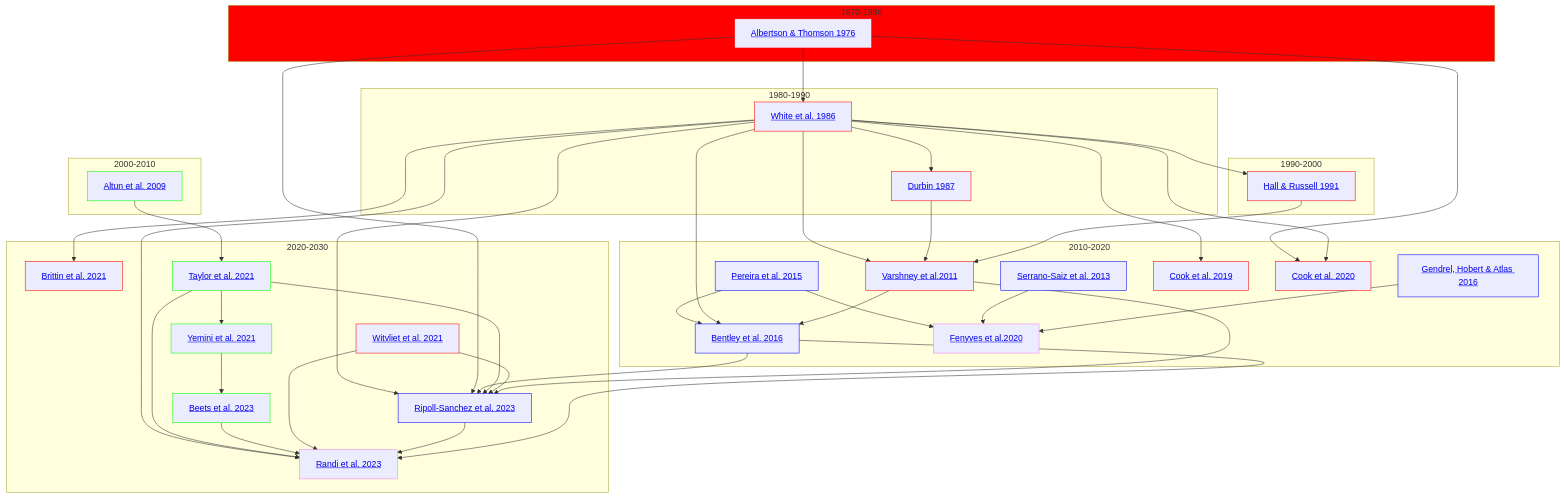
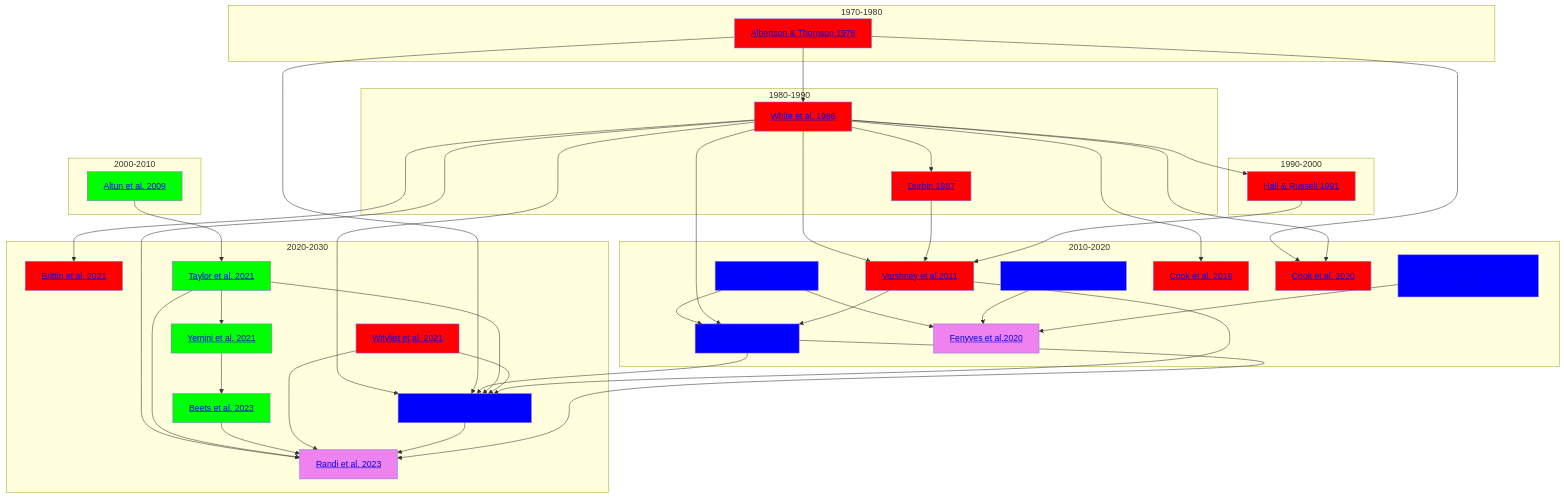
One commit to yasinthanvickneswaran/mermaidtest changed the diagram in Timeline.md. Above: the diagram before and after it, drawn with Mermaid.

````diff
--- a/Timeline.md
+++ b/Timeline.md
@@ -1,68 +1,67 @@
 ```mermaid
 flowchart TD
-    classDef anat stroke:#f00
-    classDef gene stroke:#0f0
-    classDef es stroke:#00f
-    classDef func stroke:#ee82ee
+    classDef anat fill:#f00
+    classDef gene fill:#0f0
+    classDef es fill:#00f
+    classDef func fill:#ee82ee
 
 
     subgraph 1970-1980
-    style 1970-1980 fill: red
     A1[<a href='https://github.com/yasinthanvickneswaran/ConnectomeToolbox/blob/main/docs/Albertson_Thompson_1976.md' >Albertson & Thomson 1976</a>]:::anat
     end
     subgraph 1980-1990
     A[<a href='https://github.com/yasinthanvickneswaran/ConnectomeToolbox/blob/main/docs/White_1986.md' >White et al. 1986</a>]:::anat & B[<a href='https://github.com/yasinthanvickneswaran/ConnectomeToolbox/blob/main/docs/Durbin_1987.md' >Durbin 1987</a>]:::anat
     end
 
     subgraph 1990-2000
     A2[<a href='https://github.com/yasinthanvickneswaran/ConnectomeToolbox/blob/main/docs/Hall_1991.md' >Hall & Russell 1991</a>]:::anat
     end
 
     subgraph 2000-2010
     C[<a href='https://github.com/yasinthanvickneswaran/ConnectomeToolbox/blob/main/docs/Altun_2009.md' >Altun et al. 2009</a>]:::gene 
     end
 
     subgraph 2010-2020
     D[<a href='https://github.com/yasinthanvickneswaran/ConnectomeToolbox/blob/main/docs/Varshney_2011.md' >Varshney et al.2011</a>]:::anat & E[<a href='https://github.com/yasinthanvickneswaran/ConnectomeToolbox/blob/main/docs/Pereira_2015.md' >Pereira et al. 2015</a>]:::es & E1[<a href='https://github.com/yasinthanvickneswaran/ConnectomeToolbox/blob/main/docs/Serrano_2013.md' >Serrano-Saiz et al. 2013</a>]:::es  & E2[<a href='https://github.com/yasinthanvickneswaran/ConnectomeToolbox/blob/main/docs/Gendrel_2016.md' >Gendrel, Hobert & Atlas 2016</a>]:::es & F[<a href='https://github.com/yasinthanvickneswaran/ConnectomeToolbox/blob/main/docs/Bentley_2016.md' >Bentley et al. 2016 </a>]:::es & G[<a href='https://github.com/yasinthanvickneswaran/ConnectomeToolbox/blob/main/docs/Cook_2019.md' >Cook et al. 2019</a>]:::anat & H[<a href='https://github.com/yasinthanvickneswaran/ConnectomeToolbox/blob/main/docs/Fenyves_2020.md' >Fenyves et al.2020</a>]:::func & I[<a href='https://github.com/yasinthanvickneswaran/ConnectomeToolbox/blob/main/docs/Cook_2020.md' >Cook et al. 2020</a>]:::anat
     end
 
     subgraph 2020-2030
     J[<a href='https://github.com/yasinthanvickneswaran/ConnectomeToolbox/blob/main/docs/Brittin_2021.md' >Brittin et al. 2021</a>]:::anat & K[<a href='https://github.com/yasinthanvickneswaran/ConnectomeToolbox/blob/main/docs/Witvliet_2021.md' >Witvliet et al. 2021</a>]:::anat & L[<a href='https://github.com/yasinthanvickneswaran/ConnectomeToolbox/blob/main/docs/Taylor_2021.md' >Taylor et al. 2021</a>]:::gene & M[<a href='https://github.com/yasinthanvickneswaran/ConnectomeToolbox/blob/main/docs/Yemini_2021.md' >Yemini et al. 2021</a>]:::gene & N[<a href='https://github.com/yasinthanvickneswaran/ConnectomeToolbox/blob/main/docs/Beets_2023.md' >Beets et al. 2023</a>]:::gene & P[<a href='https://github.com/yasinthanvickneswaran/ConnectomeToolbox/blob/main/docs/Randi_2023.md' >Randi et al. 2023</a>]:::func & NP[<a href='https://github.com/yasinthanvickneswaran/ConnectomeToolbox/blob/main/docs/Ripoll_2023.md' >Ripoll-Sanchez et al. 2023</a>]:::es
     end     
 
 
     E --> H
     E1 --> H
     E2 --> H
     E --> F
     C --> L
     L --> M
     M --> N
     A --> B
     A1 --> A
     A1 --> I
     A  --> A2
     A --> D
     B --> D
     A2 --> D
     A --> G
     A --> I
     A --> J
     A --> F
     D --> F
     A --> NP
     A1 --> NP
     F --> NP
     L --> NP
     K --> NP
     D --> NP
     A --> P
     L --> P
     N --> P
     K --> P
     NP --> P
     F --> P
 
     
     
 ```
````
